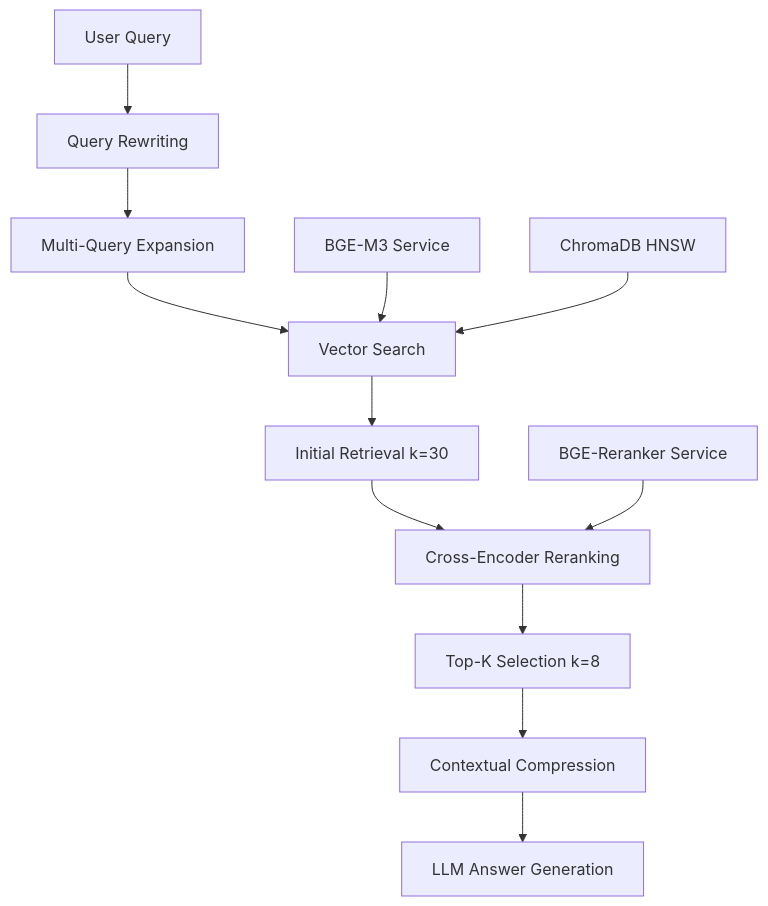
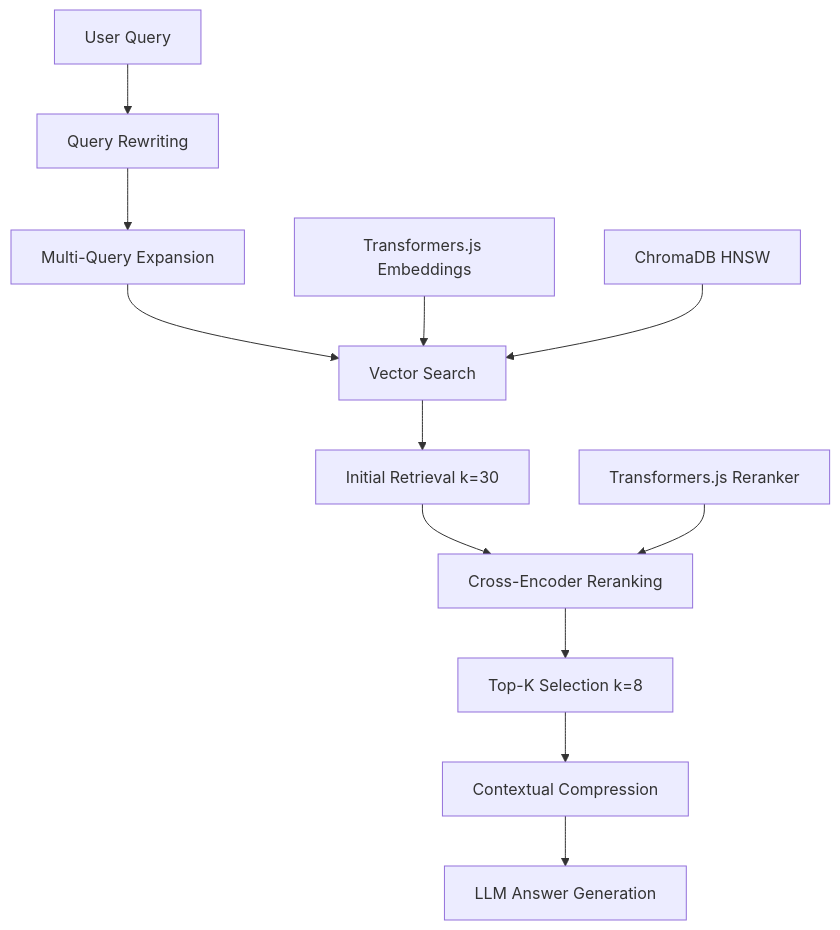
One commit to logsv/em-taskflow-ai changed the diagram in AGENTIC-RAG.md. Above: the diagram before and after it, drawn with Mermaid. The commit also changed other lines of this file and 18 other files, not shown here.

First line of the commit message:
refactor(rag): replace python services with transformers.js for embeddings and reranking

````diff
--- a/AGENTIC-RAG.md
+++ b/AGENTIC-RAG.md
@@ -45,15 +45,15 @@
 ```mermaid
 graph TD
     A[User Query] --> B[Query Rewriting]
     B --> C[Multi-Query Expansion]
     C --> D[Vector Search]
     D --> E[Initial Retrieval k=30]
     E --> F[Cross-Encoder Reranking]
     F --> G[Top-K Selection k=8]
     G --> H[Contextual Compression]
     H --> I[LLM Answer Generation]
     
-    J[BGE-M3 Service] --> D
-    K[BGE-Reranker Service] --> F
+    J[Transformers.js Embeddings] --> D
+    K[Transformers.js Reranker] --> F
     L[ChromaDB HNSW] --> D
 ```
````
